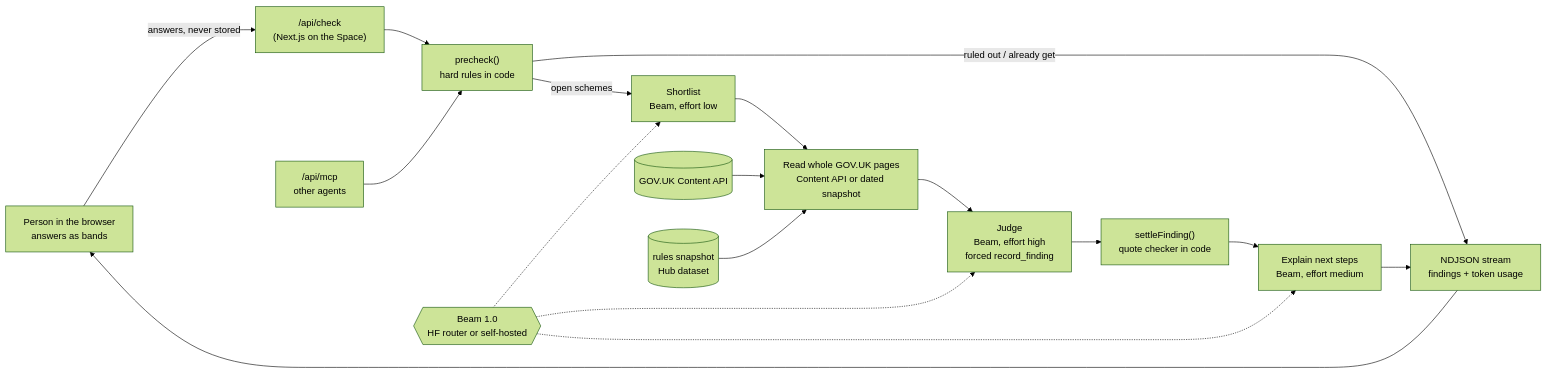
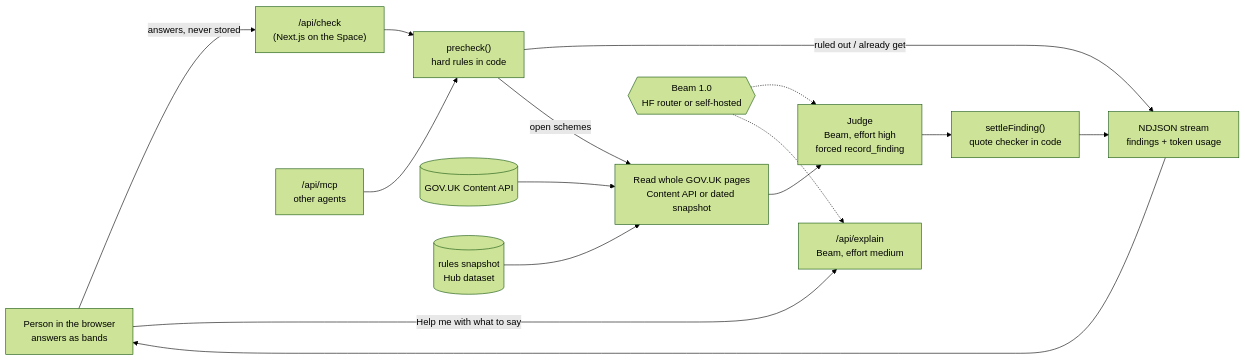
The diagram in README.md (Dinesh-Sunny/beacon), drawn with Mermaid (forest theme) before and after one commit. The commit also changed other lines of this file and 7 other files, not shown here.

First line of the commit message:
feat: add Help me with what to say, written by Beam on request

````diff
--- a/README.md
+++ b/README.md
@@ -56,17 +55,16 @@
 ```mermaid
 flowchart LR
   P[Person in the browser<br/>answers as bands] -->|answers, never stored| API["/api/check<br/>(Next.js on the Space)"]
   API --> PC["precheck()<br/>hard rules in code"]
   PC -->|ruled out / already get| S
-  PC -->|open schemes| SL["Shortlist<br/>Beam, effort low"]
-  SL --> RD["Read whole GOV.UK pages<br/>Content API or dated snapshot"]
+  PC -->|open schemes| RD["Read whole GOV.UK pages<br/>Content API or dated snapshot"]
   RD --> J["Judge<br/>Beam, effort high<br/>forced record_finding"]
   J --> V["settleFinding()<br/>quote checker in code"]
-  V --> EX["Explain next steps<br/>Beam, effort medium"]
-  EX --> S["NDJSON stream<br/>findings + token usage"]
+  V --> S["NDJSON stream<br/>findings + token usage"]
   S --> P
+  P -->|"Help me with what to say"| EX["/api/explain<br/>Beam, effort medium"]
   MCP["/api/mcp<br/>other agents"] --> PC
   GOV[(GOV.UK Content API)] --> RD
   SNAP[(rules snapshot<br/>Hub dataset)] --> RD
-  BEAM{{"Beam 1.0<br/>HF router or self-hosted"}} -.-> SL & J & EX
+  BEAM{{"Beam 1.0<br/>HF router or self-hosted"}} -.-> J & EX
 ```
````
